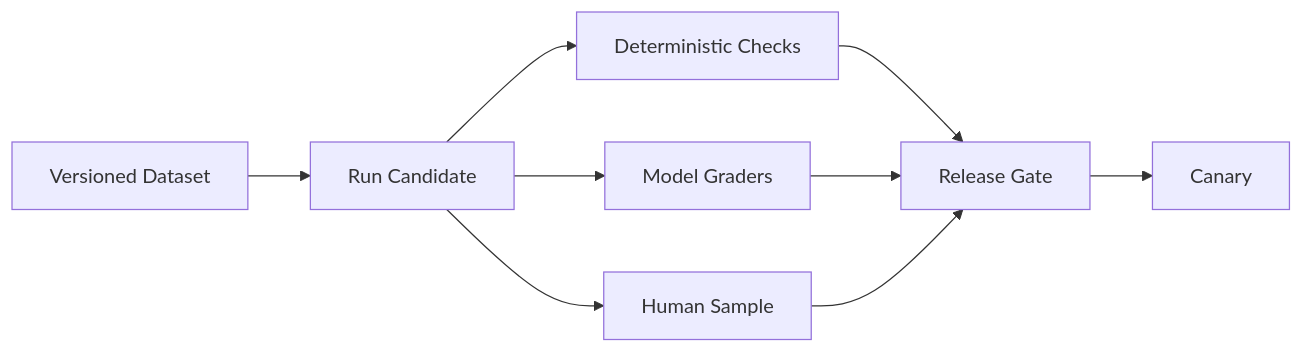
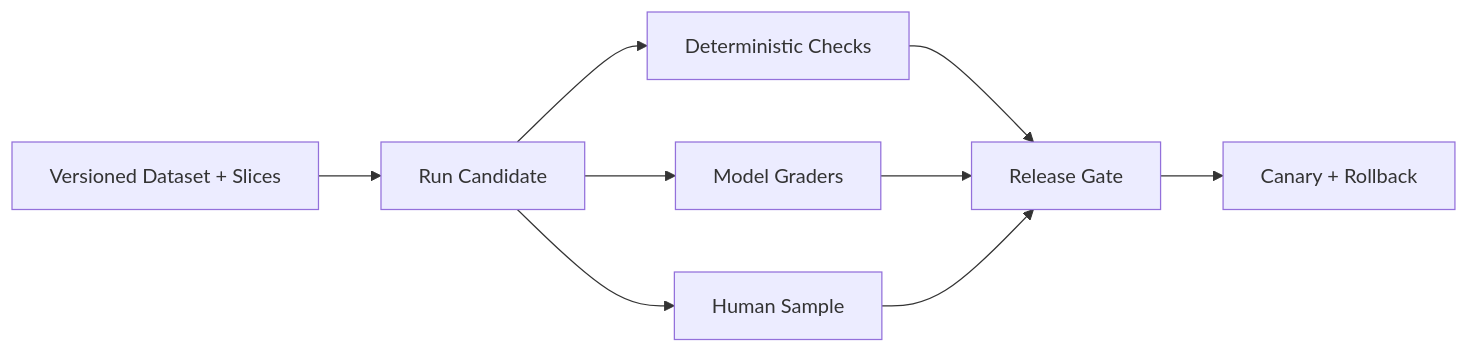
The diagram in apps/api/src/main/resources/content/ai-09-evaluation-observability.md (hyeongseoblim/systemdesign), drawn with Mermaid before and after one commit. The commit also changed other lines of this file and 96 other files, not shown here.

````diff
--- a/apps/api/src/main/resources/content/ai-09-evaluation-observability.md
+++ b/apps/api/src/main/resources/content/ai-09-evaluation-observability.md
@@ -23,11 +23,11 @@
 ```mermaid
 flowchart LR
-    G[Versioned Dataset] --> R[Run Candidate]
+    G[Versioned Dataset + Slices] --> R[Run Candidate]
     R --> D[Deterministic Checks]
     R --> J[Model Graders]
     R --> H[Human Sample]
     D --> B[Release Gate]
     J --> B
     H --> B
-    B --> C[Canary]
+    B --> C[Canary + Rollback]
 ```
````
